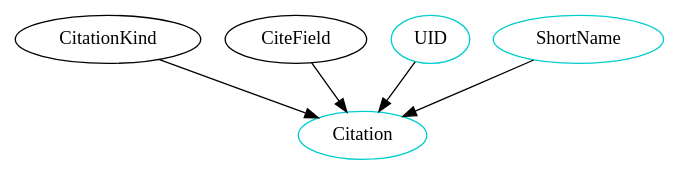
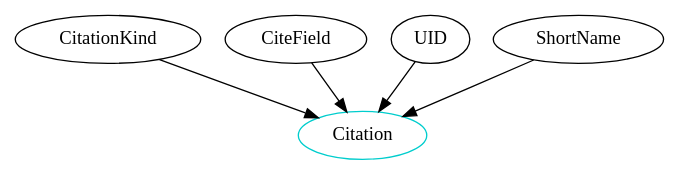
Before and after one commit to JacquesCarette/Drasil: the diagram in People/Anthony/Type_Dependency_Graphs/JoinedTypes/June_18_2021/Citation.dot, drawn with Graphviz. The commit also changed 20 other files, not shown here.

```diff
--- a/People/Anthony/Type_Dependency_Graphs/JoinedTypes/June_18_2021/Citation.dot
+++ b/People/Anthony/Type_Dependency_Graphs/JoinedTypes/June_18_2021/Citation.dot
@@ -1,16 +1,16 @@
 digraph citation {
 	/* relationships between independent and dependent components */
 	CitationKind -> Citation;
     CiteField -> Citation;
-    CitationUID -> Citation;
-    CitationShortName -> Citation;
+    UID -> Citation;
+    ShortName -> Citation;
     
 	/* definitions for each type component */
 	Citation 	    [shape=oval, color=cyan3, label="Citation"];
     //CiteFields    [shape=oval, color=cyan3, label="CiteFields"];
-    CitationUID  [shape=oval, color=cyan3, label="UID"];
-    CitationShortName  [shape=oval, color=cyan3, label="ShortName"];
+    //CitationUID  [shape=oval, color=cyan3, label="UID"];
+    //CitationShortName  [shape=oval, color=cyan3, label="ShortName"];
 
 }
 
 /* dot -Tpng sample.dot -o sample.png */
```
